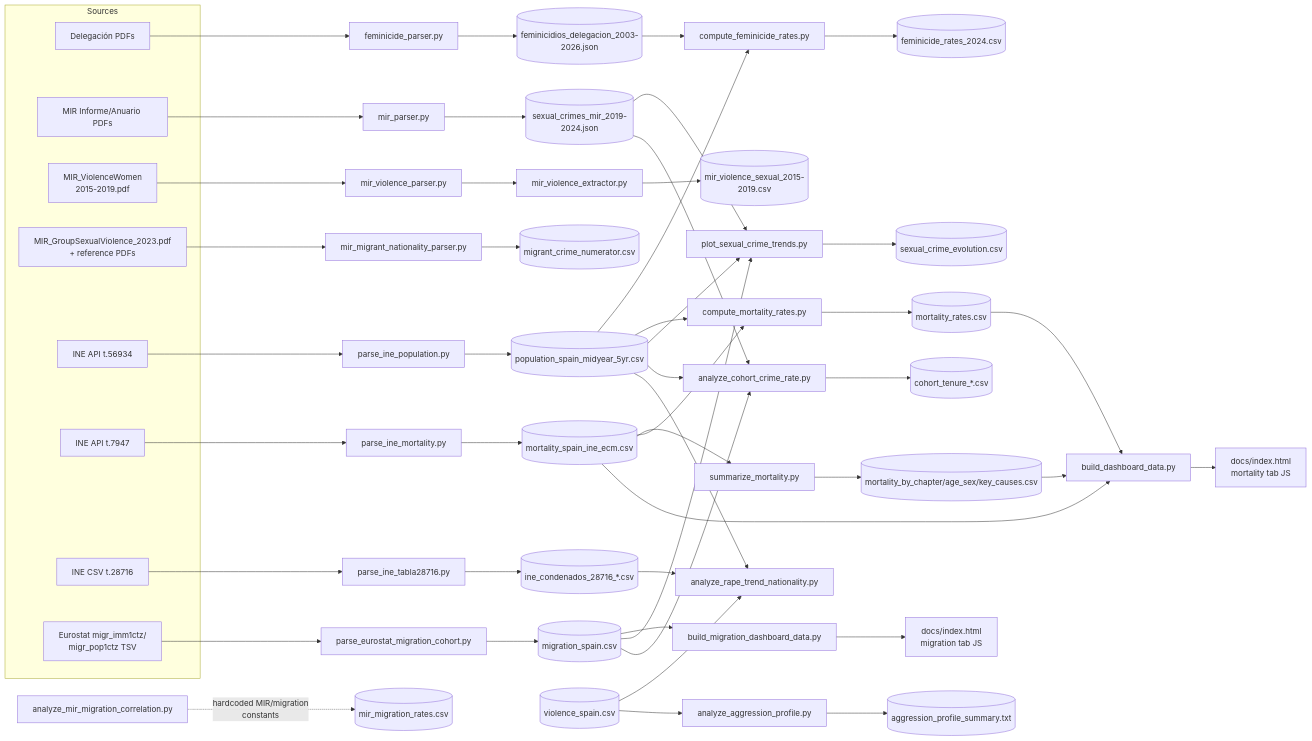
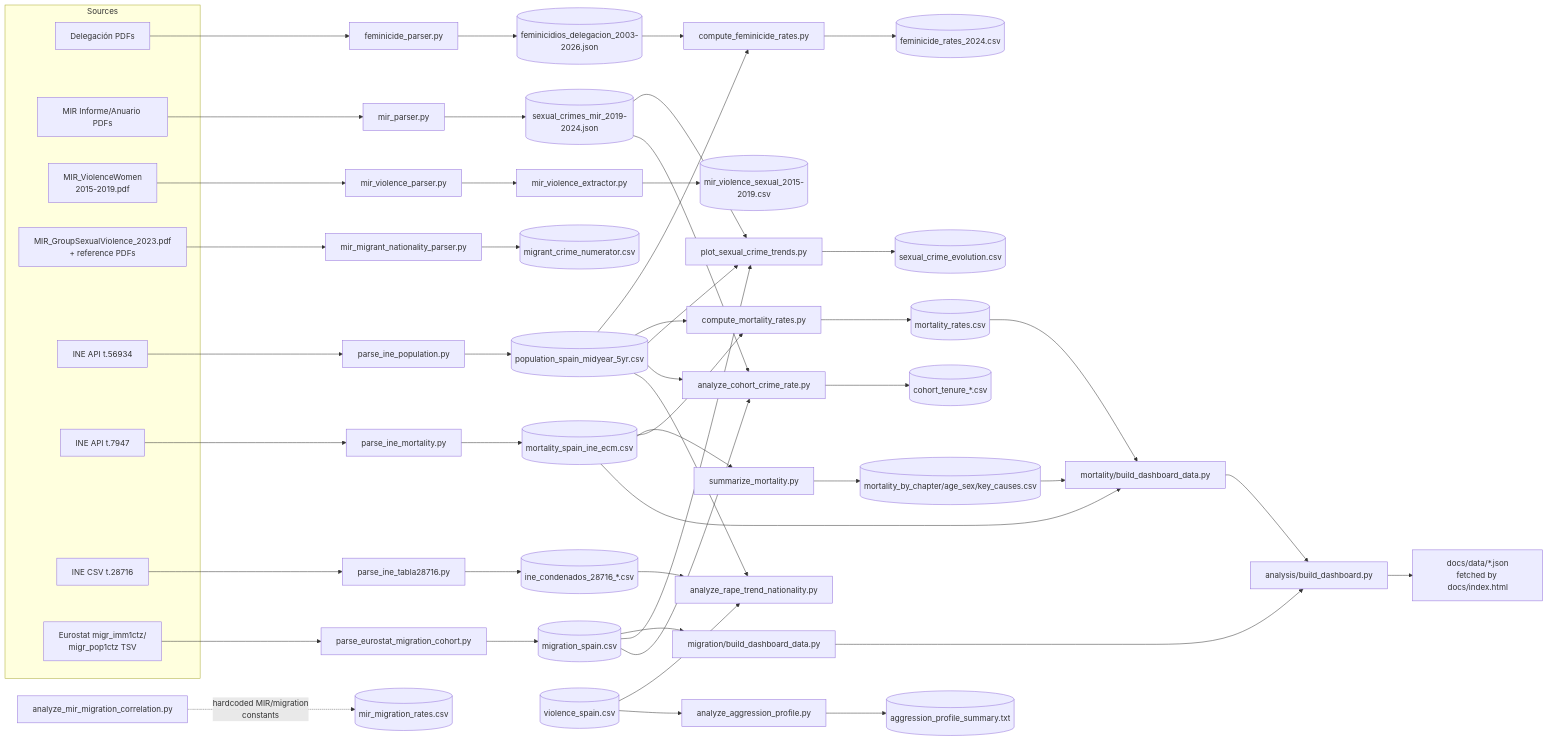
The diagram in data/PIPELINE.md (JavierGOrdonnez/SVS), drawn with Mermaid before and after one commit. The commit also changed other lines of this file and 31 other files, not shown here.

````diff
--- a/data/PIPELINE.md
+++ b/data/PIPELINE.md
@@ -55,56 +64,58 @@
 ```mermaid
 flowchart LR
   subgraph Sources
     PDF_FEM[Delegación PDFs]
     PDF_MIR[MIR Informe/Anuario PDFs]
     PDF_MIRV[MIR_ViolenceWomen<br/>2015-2019.pdf]
     PDF_GRP[MIR_GroupSexualViolence_2023.pdf<br/>+ reference PDFs]
     API_POP[INE API t.56934]
     API_MORT[INE API t.7947]
     URL_28716[INE CSV t.28716]
     TSV_EURO[Eurostat migr_imm1ctz/<br/>migr_pop1ctz TSV]
   end
 
   PDF_FEM --> feminicide_parser.py --> JSON_FEM[(feminicidios_delegacion_2003-2026.json)]
   PDF_MIR --> mir_parser.py --> JSON_MIR[(sexual_crimes_mir_2019-2024.json)]
   PDF_MIRV --> mir_violence_parser.py --> mir_violence_extractor.py --> CSV_MIRV[(mir_violence_sexual_2015-2019.csv)]
   PDF_GRP --> mir_migrant_nationality_parser.py --> CSV_MIG[(migrant_crime_numerator.csv)]
   API_POP --> parse_ine_population.py --> CSV_POP[(population_spain_midyear_5yr.csv)]
   API_MORT --> parse_ine_mortality.py --> CSV_ECM[(mortality_spain_ine_ecm.csv)]
   CSV_ECM --> summarize_mortality.py --> CSV_MORTSUM[(mortality_by_chapter/age_sex/key_causes.csv)]
   URL_28716 --> parse_ine_tabla28716.py --> CSV_28716[(ine_condenados_28716_*.csv)]
   TSV_EURO --> parse_eurostat_migration_cohort.py --> CSV_MIGR[(migration_spain.csv)]
 
   JSON_FEM --> compute_feminicide_rates.py
   CSV_POP --> compute_feminicide_rates.py
   compute_feminicide_rates.py --> CSV_FEMRATE[(feminicide_rates_2024.csv)]
 
   CSV_ECM --> compute_mortality_rates.py
   CSV_POP --> compute_mortality_rates.py
   compute_mortality_rates.py --> CSV_MORTRATE[(mortality_rates.csv)]
 
-  CSV_MORTRATE --> build_dashboard_data.py
-  CSV_MORTSUM --> build_dashboard_data.py
-  CSV_ECM --> build_dashboard_data.py
-  build_dashboard_data.py --> DASH1[docs/index.html<br/>mortality tab JS]
+  CSV_MORTRATE --> MORT_BUILD[mortality/build_dashboard_data.py]
+  CSV_MORTSUM --> MORT_BUILD
+  CSV_ECM --> MORT_BUILD
+  MORT_BUILD --> ORCH[analysis/build_dashboard.py]
 
-  CSV_MIGR --> build_migration_dashboard_data.py --> DASH2[docs/index.html<br/>migration tab JS]
+  CSV_MIGR --> MIGR_BUILD[migration/build_dashboard_data.py] --> ORCH
+
+  ORCH --> DASH1[docs/data/*.json<br/>fetched by docs/index.html]
 
   JSON_MIR --> plot_sexual_crime_trends.py
   CSV_MIGR --> plot_sexual_crime_trends.py
   CSV_POP --> plot_sexual_crime_trends.py
   plot_sexual_crime_trends.py --> CSV_TREND[(sexual_crime_evolution.csv)]
 
   JSON_MIR --> analyze_cohort_crime_rate.py
   CSV_MIGR --> analyze_cohort_crime_rate.py
   CSV_POP --> analyze_cohort_crime_rate.py
   analyze_cohort_crime_rate.py --> CSV_COHORT[(cohort_tenure_*.csv)]
 
   CSV_28716 --> analyze_rape_trend_nationality.py
   CSV_VIOL[(violence_spain.csv)] --> analyze_rape_trend_nationality.py
   CSV_POP --> analyze_rape_trend_nationality.py
 
   CSV_VIOL --> analyze_aggression_profile.py --> TXT_AGG[(aggression_profile_summary.txt)]
 
   analyze_mir_migration_correlation.py -. hardcoded MIR/migration<br/>constants .-> CSV_CORR[(mir_migration_rates.csv)]
 ```
````
